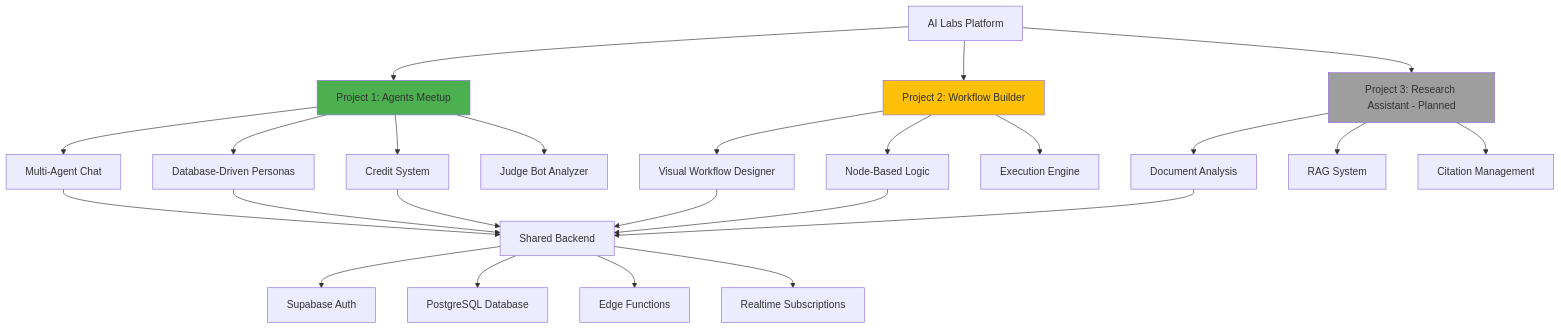
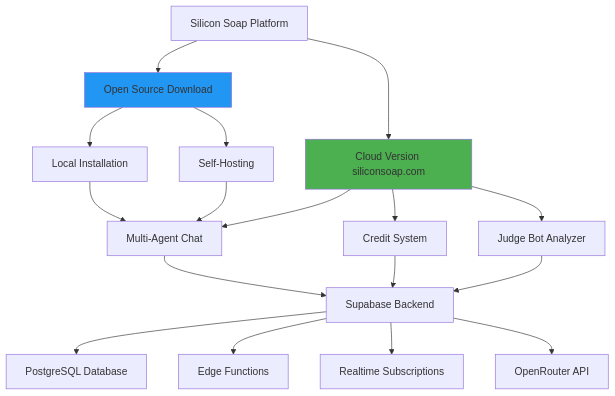
The first of 6 diagrams in docs/PRD.md (magnusfroste/siliconsoap), drawn with Mermaid before and after one commit. The commit also changed other lines of this file and 4 other files, not shown here.

````diff
--- a/docs/PRD.md
+++ b/docs/PRD.md
@@ -15,35 +17,27 @@
 ```mermaid
 graph TD
-    A[AI Labs Platform] --> B[Project 1: Agents Meetup]
-    A --> C[Project 2: Workflow Builder]
-    A --> D[Project 3: Research Assistant - Planned]
-    
-    B --> E[Multi-Agent Chat]
-    B --> F[Database-Driven Personas]
-    B --> G[Credit System]
-    B --> H[Judge Bot Analyzer]
-    
-    C --> I[Visual Workflow Designer]
-    C --> J[Node-Based Logic]
-    C --> K[Execution Engine]
-    
-    D --> L[Document Analysis]
-    D --> M[RAG System]
-    D --> N[Citation Management]
-    
-    E --> O[Shared Backend]
-    F --> O
-    G --> O
-    I --> O
-    J --> O
-    L --> O
-    
-    O --> P[Supabase Auth]
-    O --> Q[PostgreSQL Database]
-    O --> R[Edge Functions]
-    O --> S[Realtime Subscriptions]
-    
-    style B fill:#4CAF50
-    style C fill:#FFC107
-    style D fill:#9E9E9E
+    A[Silicon Soap Platform] --> B[Open Source Download]
+    A --> C[Cloud Version siliconsoap.com]
+
+    B --> D[Local Installation]
+    B --> E[Self-Hosting]
+
+    C --> F[Multi-Agent Chat]
+    C --> G[Credit System]
+    C --> H[Judge Bot Analyzer]
+
+    D --> F
+    E --> F
+
+    F --> I[Supabase Backend]
+    G --> I
+    H --> I
+
+    I --> J[PostgreSQL Database]
+    I --> K[Edge Functions]
+    I --> L[Realtime Subscriptions]
+    I --> M[OpenRouter API]
+
+    style C fill:#4CAF50
+    style B fill:#2196F3
 ```
````
